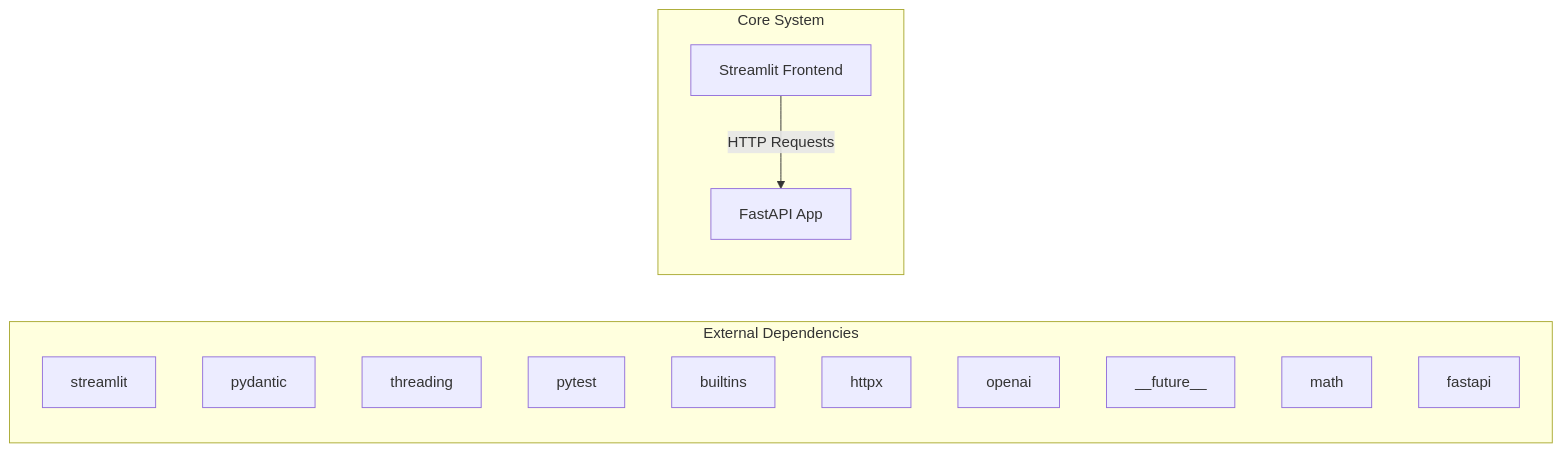
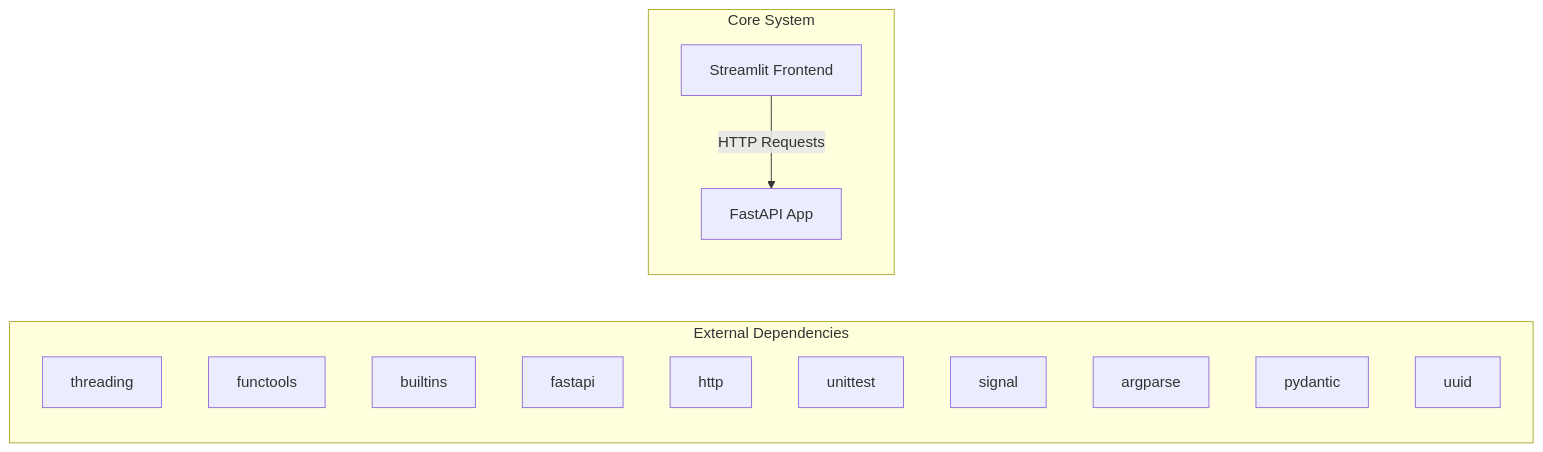
Before and after one commit to NITISH-R-G/rag-context-optimizer: the first of 2 diagrams in docs/architecture.md, drawn with Mermaid. The commit also changed 1 other file, not shown here.

Commit message:
docs: auto-update repository knowledge, architecture diagrams, and documentation

````diff
--- a/docs/architecture.md
+++ b/docs/architecture.md
@@ -7,20 +7,20 @@
 ```mermaid
 graph LR
     subgraph External Dependencies
-        E0["streamlit"]
-        E1["pydantic"]
-        E2["threading"]
-        E3["pytest"]
-        E4["builtins"]
-        E5["httpx"]
-        E6["openai"]
-        E7["__future__"]
-        E8["math"]
-        E9["fastapi"]
+        E0["threading"]
+        E1["functools"]
+        E2["builtins"]
+        E3["fastapi"]
+        E4["http"]
+        E5["unittest"]
+        E6["signal"]
+        E7["argparse"]
+        E8["pydantic"]
+        E9["uuid"]
     end
     subgraph Core System
         API["FastAPI App"]
         UI["Streamlit Frontend"]
     end
     UI -->|HTTP Requests| API
 ```
````
